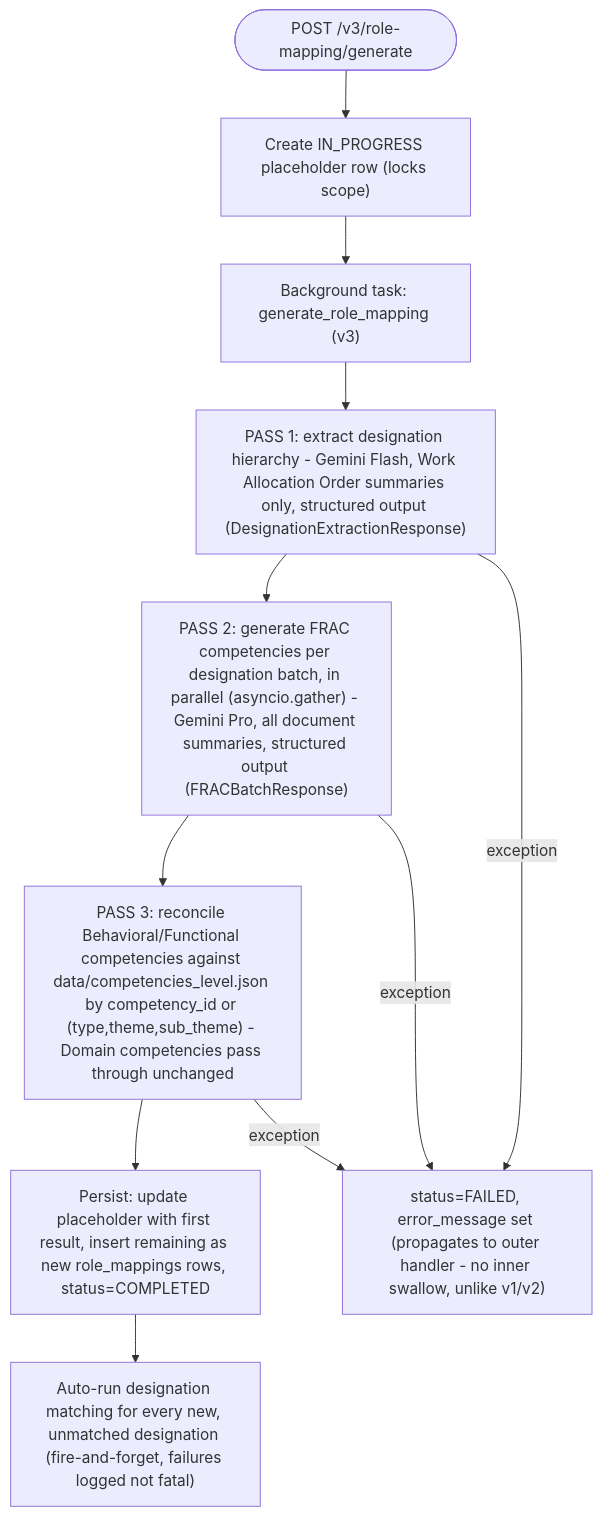
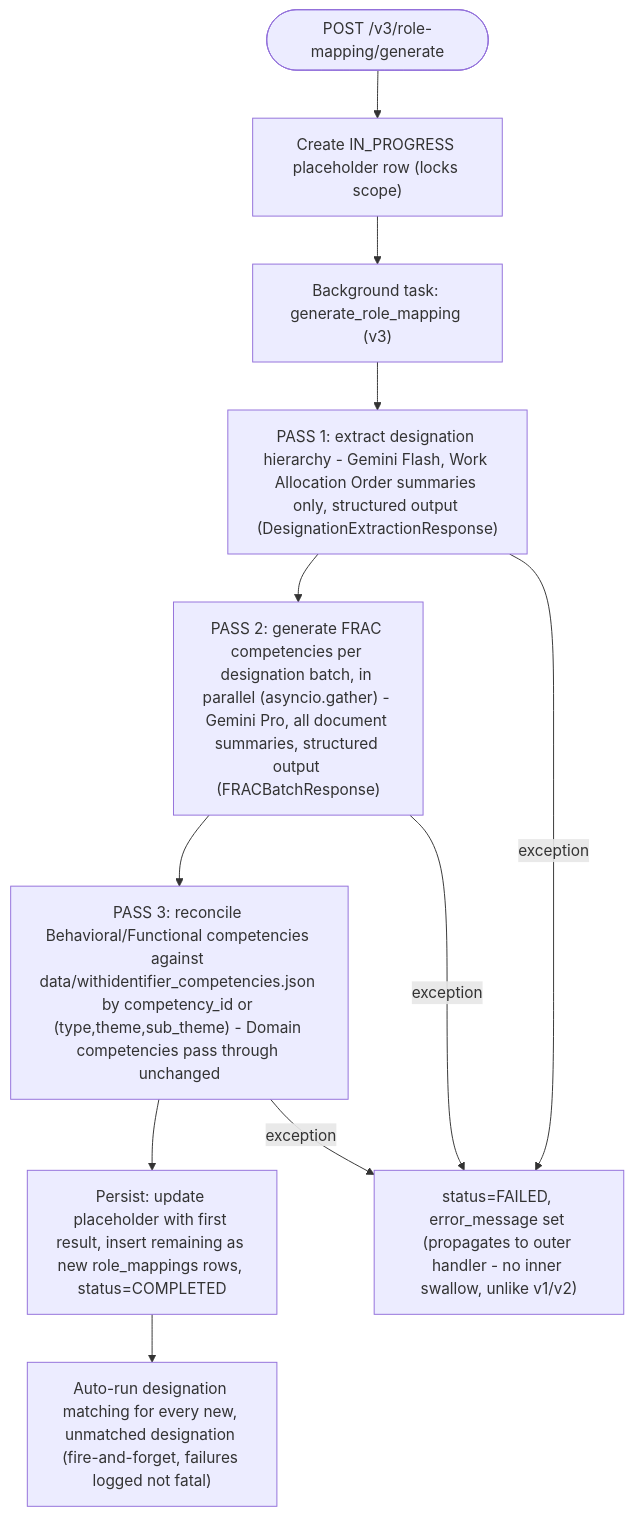
One commit to KB-iGOT/igot-docs changed the second of 12 diagrams in docs/learning-hub/ai-cbp-tool/lld.md. Above: the diagram before and after it, drawn with Mermaid. The commit also changed other lines of this file and 8 other files, not shown here.

````diff
--- a/docs/learning-hub/ai-cbp-tool/lld.md
+++ b/docs/learning-hub/ai-cbp-tool/lld.md
@@ -83,13 +108,13 @@
 ```mermaid
 flowchart TD
     Start(["POST /v3/role-mapping/generate"]) --> Placeholder["Create IN_PROGRESS placeholder row (locks scope)"]
     Placeholder --> BG["Background task: generate_role_mapping (v3)"]
     BG --> Pass1["PASS 1: extract designation hierarchy - Gemini Flash, Work Allocation Order summaries only, structured output (DesignationExtractionResponse)"]
     Pass1 --> Pass2["PASS 2: generate FRAC competencies per designation batch, in parallel (asyncio.gather) - Gemini Pro, all document summaries, structured output (FRACBatchResponse)"]
-    Pass2 --> Pass3["PASS 3: reconcile Behavioral/Functional competencies against data/competencies_level.json by competency_id or (type,theme,sub_theme) - Domain competencies pass through unchanged"]
+    Pass2 --> Pass3["PASS 3: reconcile Behavioral/Functional competencies against data/withidentifier_competencies.json by competency_id or (type,theme,sub_theme) - Domain competencies pass through unchanged"]
     Pass3 --> Persist["Persist: update placeholder with first result, insert remaining as new role_mappings rows, status=COMPLETED"]
     Persist --> AutoMatch["Auto-run designation matching for every new, unmatched designation (fire-and-forget, failures logged not fatal)"]
     Pass1 -->|exception| Fail["status=FAILED, error_message set (propagates to outer handler - no inner swallow, unlike v1/v2)"]
     Pass2 -->|exception| Fail
     Pass3 -->|exception| Fail
 ```
````
